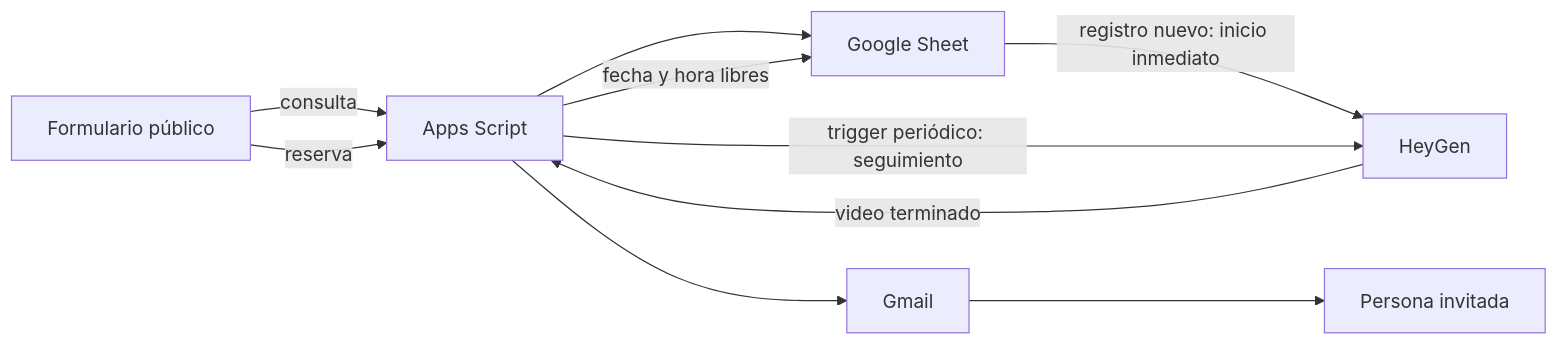
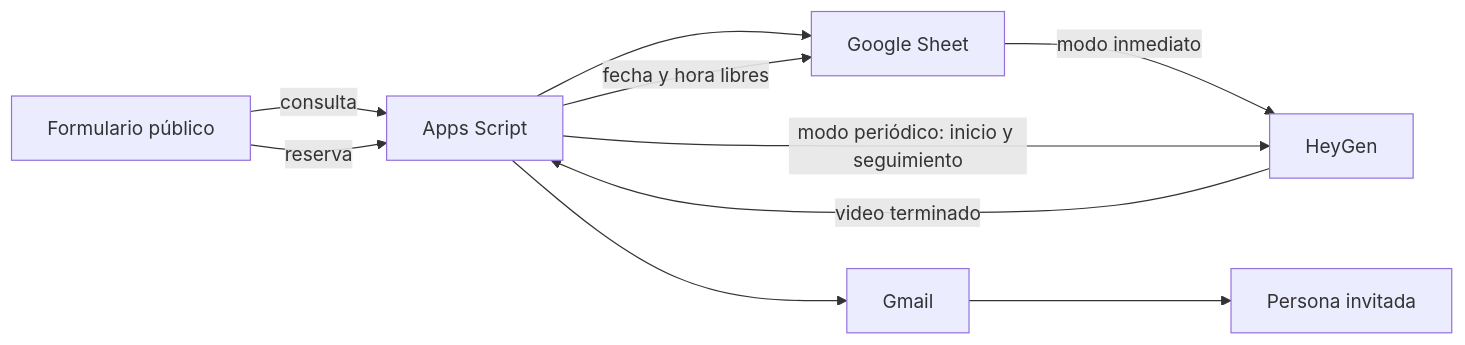
One commit to rodrigoppfx-code/confirmacion-reuniones changed the diagram in README.md. Above: the diagram before and after it, drawn with Mermaid. The commit also changed other lines of this file and 4 other files, not shown here.

Commit message:
Separa procesamiento inmediato y periódico

````diff
--- a/README.md
+++ b/README.md
@@ -64,12 +65,12 @@
 ```mermaid
 flowchart LR
     A[Formulario público] -->|consulta| B[Apps Script]
     B --> C[Google Sheet]
     A -->|reserva| B
     B -->|fecha y hora libres| C
-    C -->|registro nuevo: inicio inmediato| D[HeyGen]
+    C -->|modo inmediato| D[HeyGen]
     D -->|video terminado| B
     B --> E[Gmail]
     E --> F[Persona invitada]
-    B -->|trigger periódico: seguimiento| D
+    B -->|modo periódico: inicio y seguimiento| D
 ```
````
